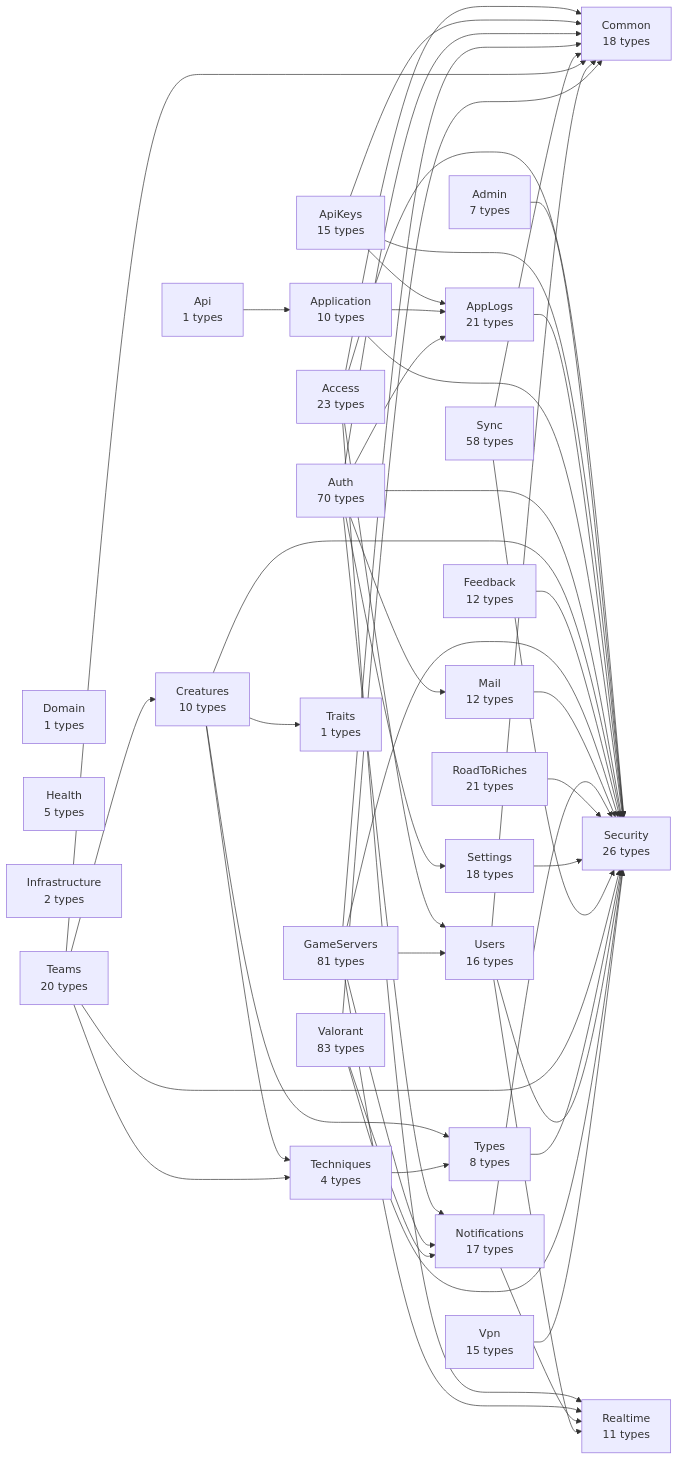
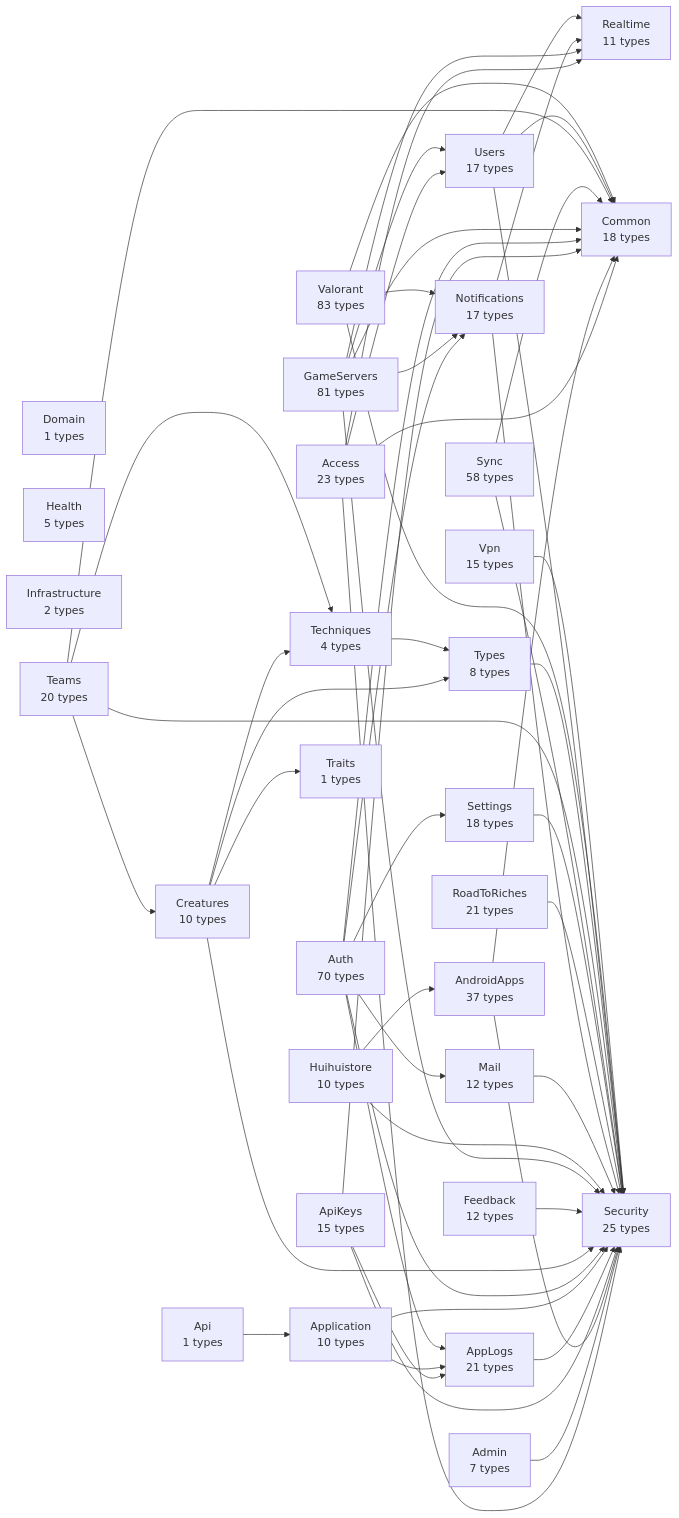
The diagram in api/docs/diagrams/00-modules.md (huiitre/Tools-app), drawn with Mermaid before and after one commit. The commit also changed 102 other files, not shown here.

Commit message:
feat: Gestion des apps Android distribuées par huihuistore (import d'APK, catalogue public, mise à jour de huihuistore)

```diff
--- a/api/docs/diagrams/00-modules.md
+++ b/api/docs/diagrams/00-modules.md
@@ -6,6 +6,7 @@
 flowchart LR
   Access["Access<br/>23 types"]
   Admin["Admin<br/>7 types"]
+  AndroidApps["AndroidApps<br/>37 types"]
   Api["Api<br/>1 types"]
   ApiKeys["ApiKeys<br/>15 types"]
   AppLogs["AppLogs<br/>21 types"]
@@ -17,19 +18,20 @@
   Feedback["Feedback<br/>12 types"]
   GameServers["GameServers<br/>81 types"]
   Health["Health<br/>5 types"]
+  Huihuistore["Huihuistore<br/>10 types"]
   Infrastructure["Infrastructure<br/>2 types"]
   Mail["Mail<br/>12 types"]
   Notifications["Notifications<br/>17 types"]
   Realtime["Realtime<br/>11 types"]
   RoadToRiches["RoadToRiches<br/>21 types"]
-  Security["Security<br/>26 types"]
+  Security["Security<br/>25 types"]
   Settings["Settings<br/>18 types"]
   Sync["Sync<br/>58 types"]
   Teams["Teams<br/>20 types"]
   Techniques["Techniques<br/>4 types"]
   Traits["Traits<br/>1 types"]
   Types["Types<br/>8 types"]
-  Users["Users<br/>16 types"]
+  Users["Users<br/>17 types"]
   Valorant["Valorant<br/>83 types"]
   Vpn["Vpn<br/>15 types"]
   Access --> Common
@@ -37,6 +39,8 @@
   Access --> Security
   Access --> Users
   Admin --> Security
+  AndroidApps --> Common
+  AndroidApps --> Security
   Api --> Application
   ApiKeys --> AppLogs
   ApiKeys --> Common
@@ -60,6 +64,8 @@
   GameServers --> Realtime
   GameServers --> Security
   GameServers --> Users
+  Huihuistore --> AndroidApps
+  Huihuistore --> Security
   Mail --> Security
   Notifications --> Realtime
   Notifications --> Security
```
